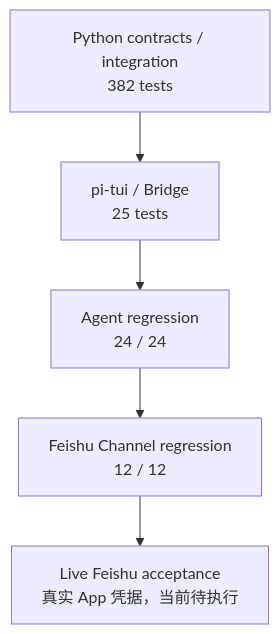
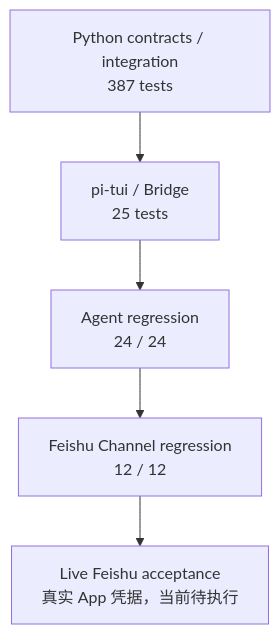
One commit to NEDONION/lobster0 changed the first of 2 diagrams in docs/engineering/phase-4/testing-and-operations.md. Above: the diagram before and after it, drawn with Mermaid. The commit also changed other lines of this file and 22 other files, not shown here.

````diff
--- a/docs/engineering/phase-4/testing-and-operations.md
+++ b/docs/engineering/phase-4/testing-and-operations.md
@@ -8,7 +8,7 @@
 ```mermaid
 flowchart TB
-    P["Python contracts / integration\n382 tests"] --> T["pi-tui / Bridge\n25 tests"]
+    P["Python contracts / integration\n387 tests"] --> T["pi-tui / Bridge\n25 tests"]
     T --> A["Agent regression\n24 / 24"]
     A --> C["Feishu Channel regression\n12 / 12"]
     C --> L["Live Feishu acceptance\n真实 App 凭据，当前待执行"]
 ```
````
